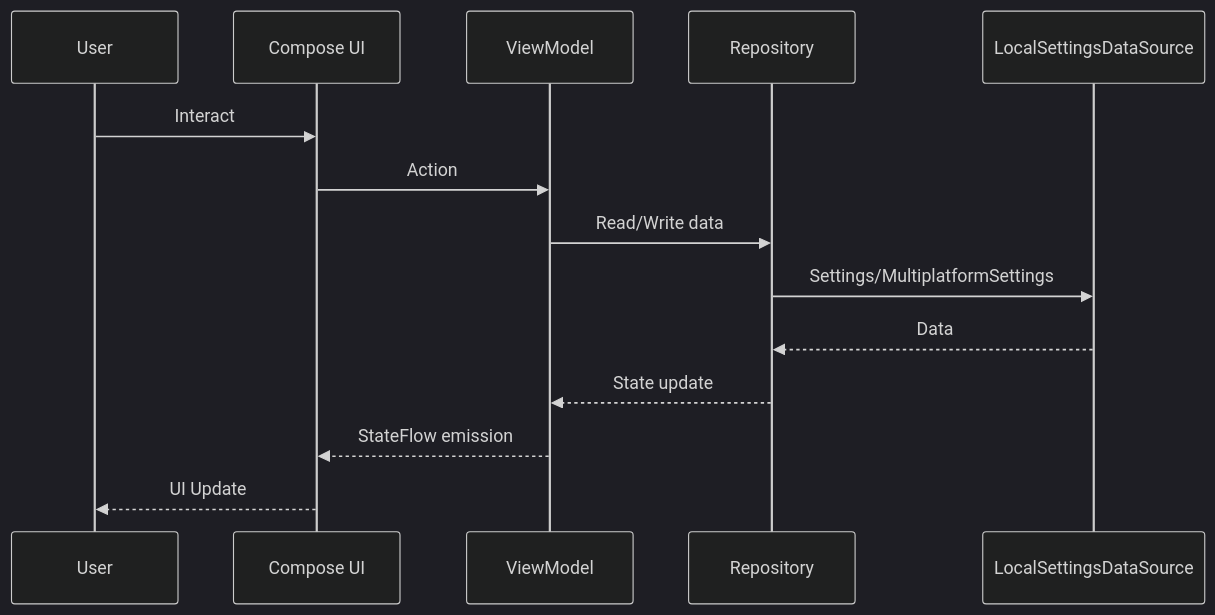
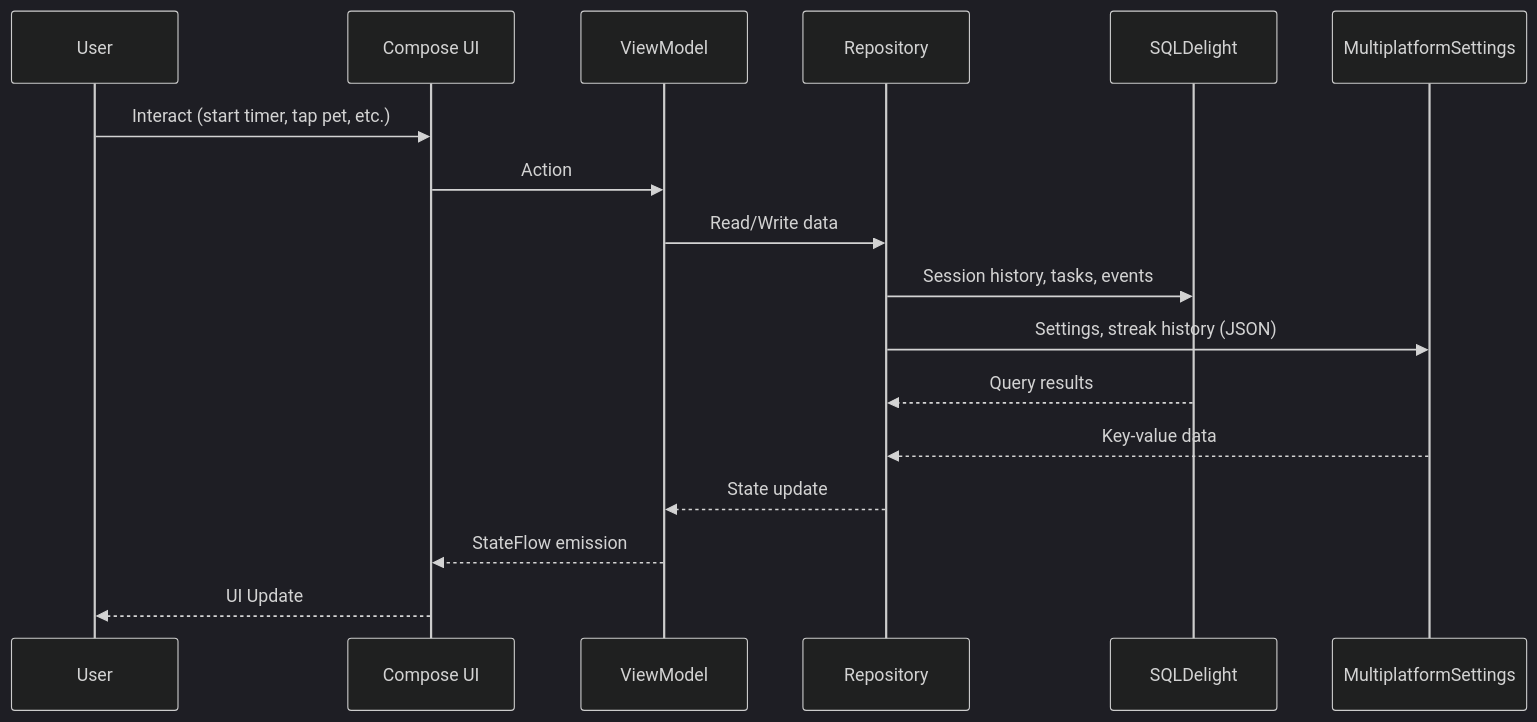
One commit to dominhhiep21/pomodro-app changed the second of 2 diagrams in aidlc-docs/inception/reverse-engineering/architecture.md. Above: the diagram before and after it, drawn with Mermaid (dark theme). The commit also changed other lines of this file and 232 other files, not shown here.

````diff
--- a/aidlc-docs/inception/reverse-engineering/architecture.md
+++ b/aidlc-docs/inception/reverse-engineering/architecture.md
@@ -86,17 +109,20 @@
 ```mermaid
 sequenceDiagram
     participant User
     participant UI as Compose UI
     participant VM as ViewModel
     participant Repo as Repository
-    participant DS as LocalSettingsDataSource
+    participant DB as SQLDelight
+    participant KV as MultiplatformSettings
 
-    User->>UI: Interact
+    User->>UI: Interact (start timer, tap pet, etc.)
     UI->>VM: Action
     VM->>Repo: Read/Write data
-    Repo->>DS: Settings/MultiplatformSettings
-    DS-->>Repo: Data
+    Repo->>DB: Session history, tasks, events
+    Repo->>KV: Settings, streak history (JSON)
+    DB-->>Repo: Query results
+    KV-->>Repo: Key-value data
     Repo-->>VM: State update
     VM-->>UI: StateFlow emission
     UI-->>User: UI Update
 ```
````
